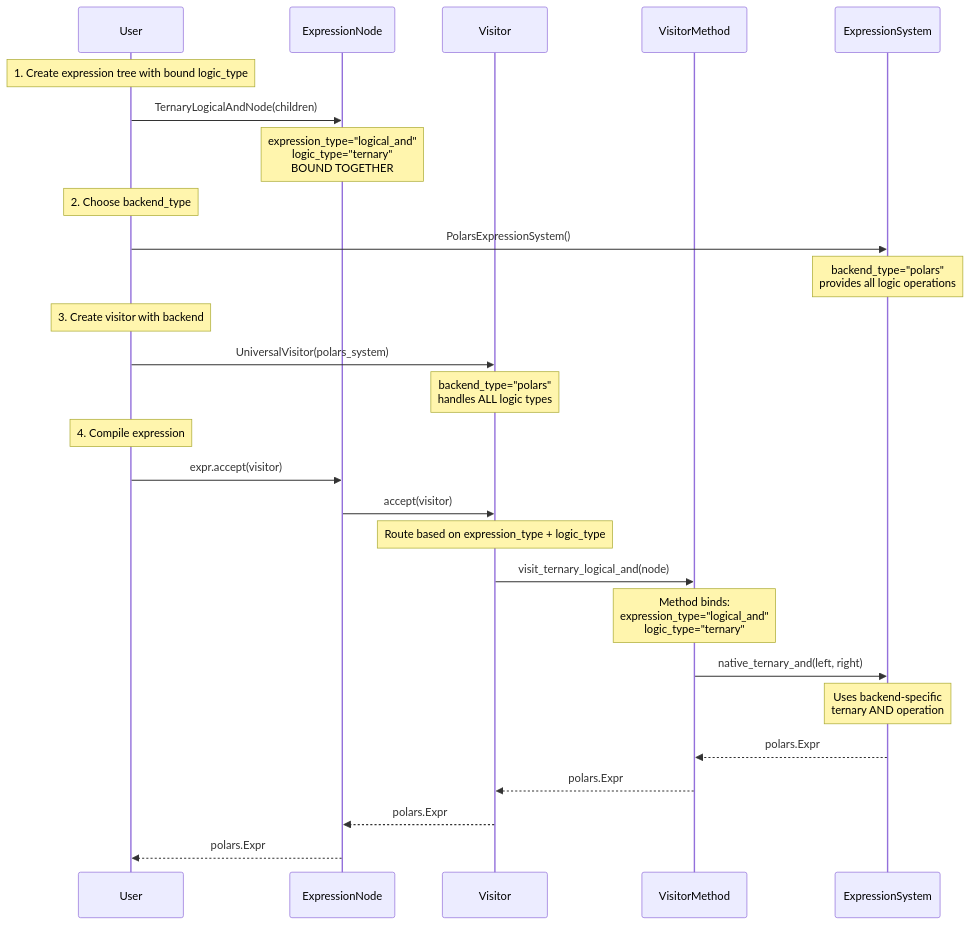
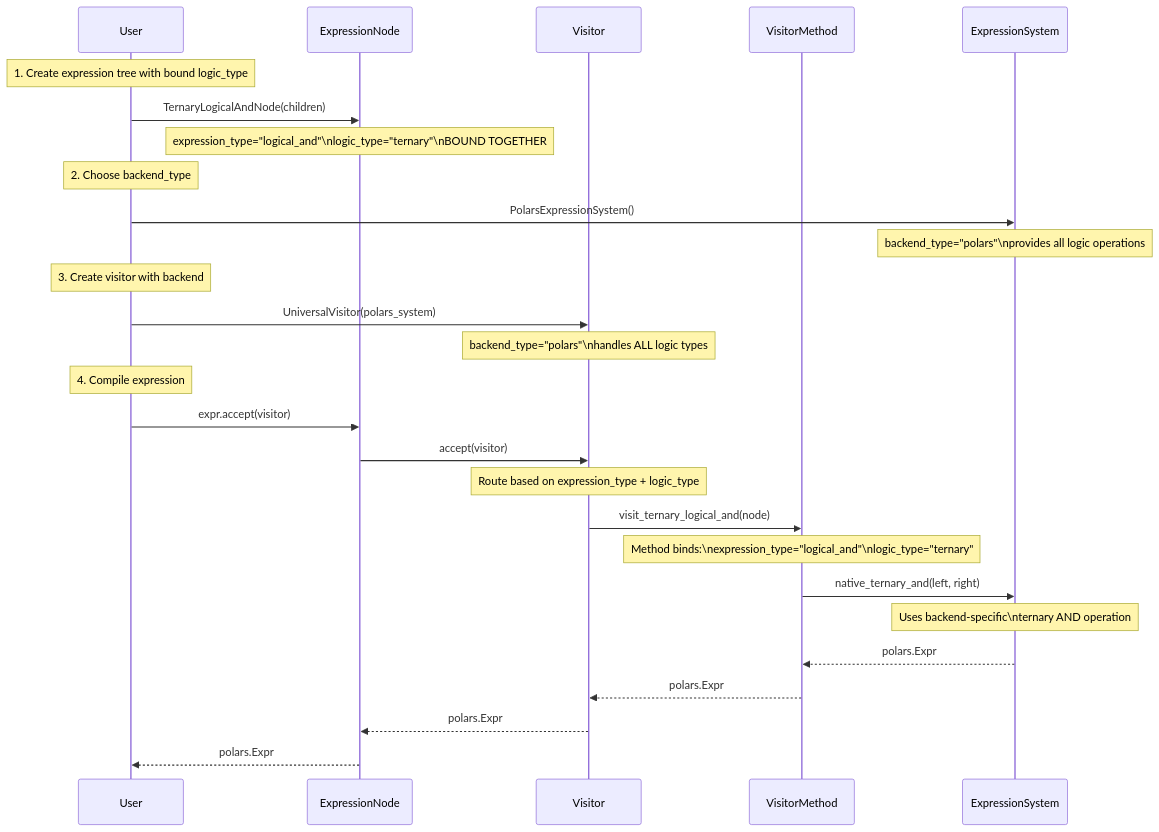
The fourth of 5 diagrams in docs/ExpressionSystemRefactoring/orthogonal_architecture_diagram.md (mountainash-io/mountainash), drawn with Mermaid before and after one commit. The commit also changed other lines of this file, not shown here.

Commit message:
orthogonal diagram fixes

````diff
--- a/docs/ExpressionSystemRefactoring/orthogonal_architecture_diagram.md
+++ b/docs/ExpressionSystemRefactoring/orthogonal_architecture_diagram.md
@@ -113,35 +145,35 @@
 ```mermaid
 sequenceDiagram
     participant User
     participant ExpressionNode
     participant Visitor
     participant VisitorMethod
     participant ExpressionSystem
     
     Note over User: 1. Create expression tree with bound logic_type
     User->>ExpressionNode: TernaryLogicalAndNode(children)
-    Note over ExpressionNode: expression_type="logical_and"<br/>logic_type="ternary"<br/>BOUND TOGETHER
+    Note over ExpressionNode: expression_type="logical_and"\nlogic_type="ternary"\nBOUND TOGETHER
     
     Note over User: 2. Choose backend_type
     User->>ExpressionSystem: PolarsExpressionSystem()
-    Note over ExpressionSystem: backend_type="polars"<br/>provides all logic operations
+    Note over ExpressionSystem: backend_type="polars"\nprovides all logic operations
     
     Note over User: 3. Create visitor with backend
     User->>Visitor: UniversalVisitor(polars_system)
-    Note over Visitor: backend_type="polars"<br/>handles ALL logic types
+    Note over Visitor: backend_type="polars"\nhandles ALL logic types
     
     Note over User: 4. Compile expression
     User->>ExpressionNode: expr.accept(visitor)
     ExpressionNode->>Visitor: accept(visitor)
     
     Note over Visitor: Route based on expression_type + logic_type
     Visitor->>VisitorMethod: visit_ternary_logical_and(node)
-    Note over VisitorMethod: Method binds:<br/>expression_type="logical_and"<br/>logic_type="ternary"
+    Note over VisitorMethod: Method binds:\nexpression_type="logical_and"\nlogic_type="ternary"
     
     VisitorMethod->>ExpressionSystem: native_ternary_and(left, right)
-    Note over ExpressionSystem: Uses backend-specific<br/>ternary AND operation
+    Note over ExpressionSystem: Uses backend-specific\nternary AND operation
     ExpressionSystem-->>VisitorMethod: polars.Expr
     VisitorMethod-->>Visitor: polars.Expr
     Visitor-->>ExpressionNode: polars.Expr
     ExpressionNode-->>User: polars.Expr
 ```
````
